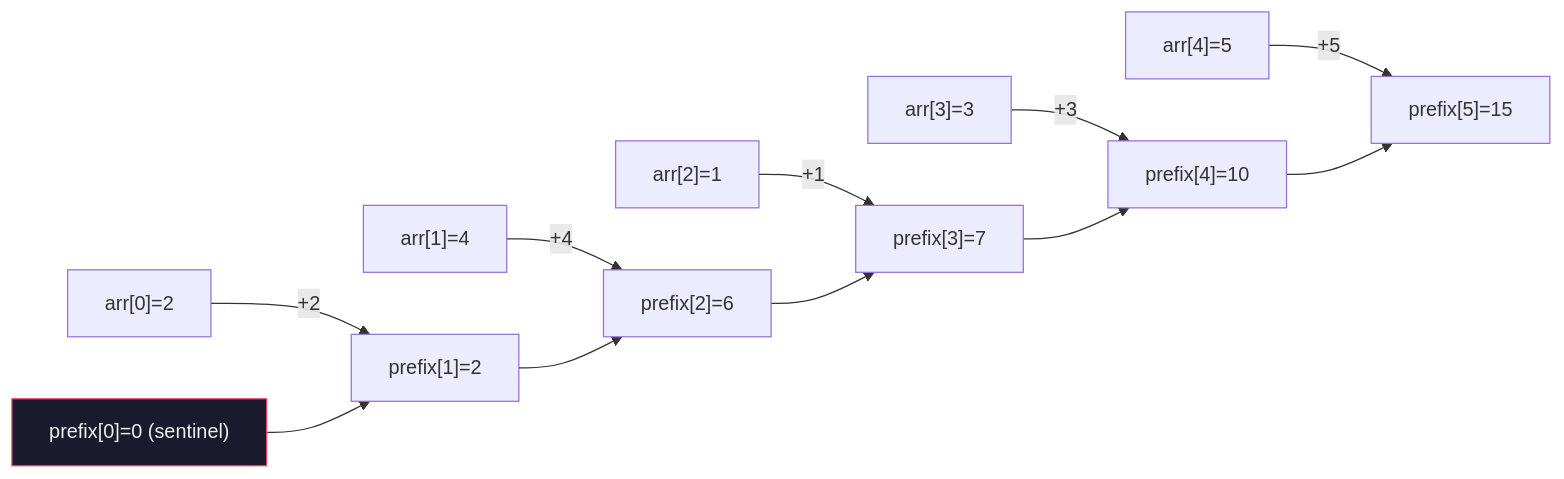
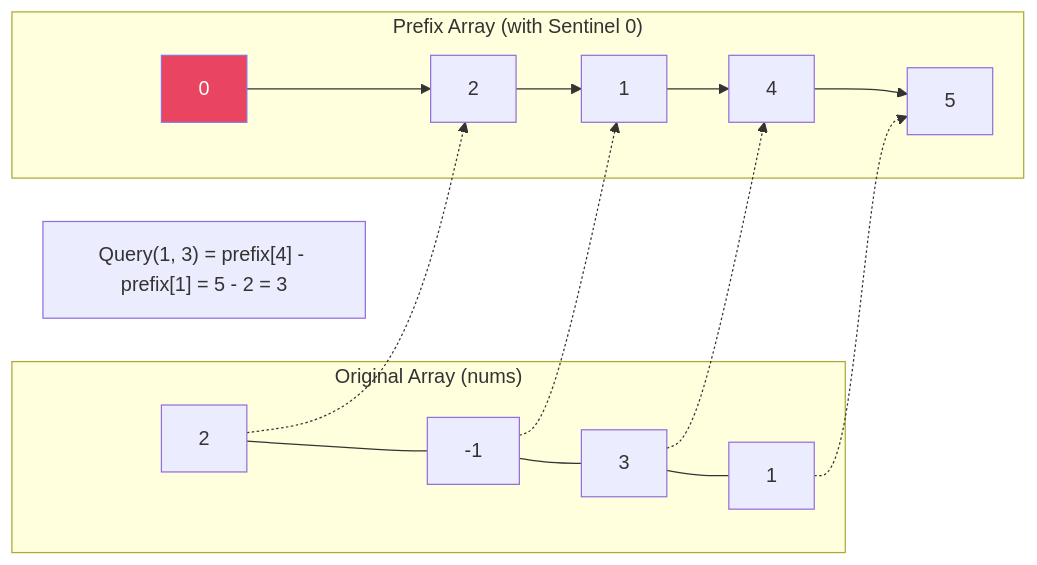
One commit to muhammad-khaled-tech/My-Study-Notes changed the first of 2 diagrams in problem solving/prefix_sum_tutorial.md. Above: the diagram before and after it, drawn with Mermaid. The commit also changed other lines of this file and 3 other files, not shown here.

````diff
--- a/problem solving/prefix_sum_tutorial.md
+++ b/problem solving/prefix_sum_tutorial.md
@@ -473,16 +154,18 @@
 ```mermaid
 graph LR
-    A["arr[0]=2"] -->|"+2"| P1["prefix[1]=2"]
-    B["arr[1]=4"] -->|"+4"| P2["prefix[2]=6"]
-    C["arr[2]=1"] -->|"+1"| P3["prefix[3]=7"]
-    D["arr[3]=3"] -->|"+3"| P4["prefix[4]=10"]
-    E["arr[4]=5"] -->|"+5"| P5["prefix[5]=15"]
-
-    P0["prefix[0]=0 (sentinel)"] --> P1
-    P1 --> P2
-    P2 --> P3
-    P3 --> P4
-    P4 --> P5
-
-    style P0 fill:#1a1a2e,color:#eee,stroke:#e94560
+    subgraph "Original Array (nums)"
+        N0["2"] --- N1["-1"] --- N2["3"] --- N3["1"]
+    end
+    
+    subgraph "Prefix Array (with Sentinel 0)"
+        P0["0"] --> P1["2"] --> P2["1"] --> P3["4"] --> P4["5"]
+        style P0 fill:#e94560,color:#fff
+    end
+    
+    N0 -.-> P1
+    N1 -.-> P2
+    N2 -.-> P3
+    N3 -.-> P4
+    
+    Note["Query(1, 3) = prefix[4] - prefix[1] = 5 - 2 = 3"]
 ```
````
